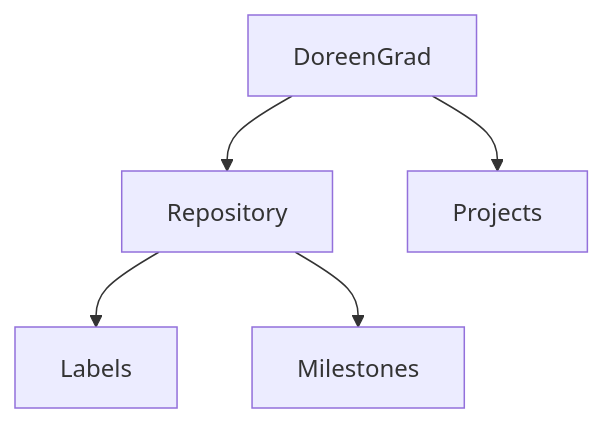
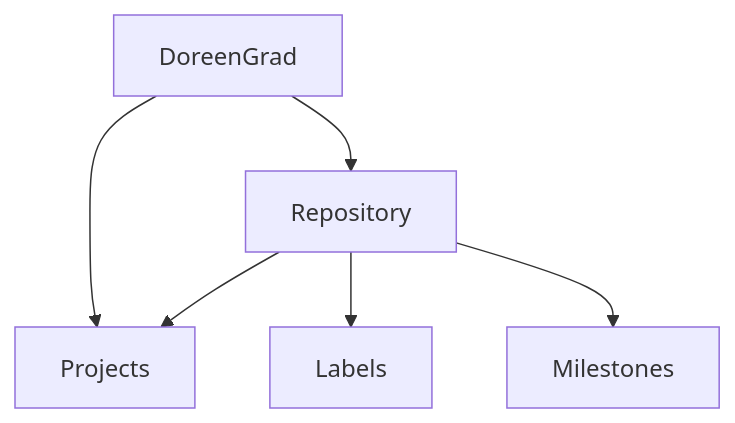
The diagram in README.md (DoreenGrad/CMPG-323-Overview---24361879), drawn with Mermaid before and after one commit.

````diff
--- a/README.md
+++ b/README.md
@@ -8,7 +8,8 @@
 ```mermaid
 graph TD;
     DoreenGrad-->Repository;
     DoreenGrad-->Projects;
+    Repository-->Projects;
     Repository-->Labels;
     Repository-->Milestones;
 ```
````
